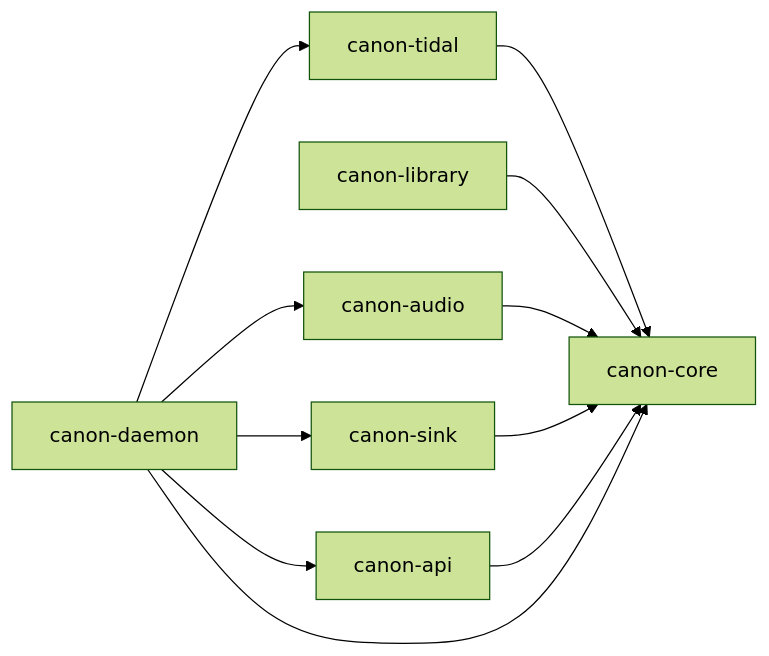
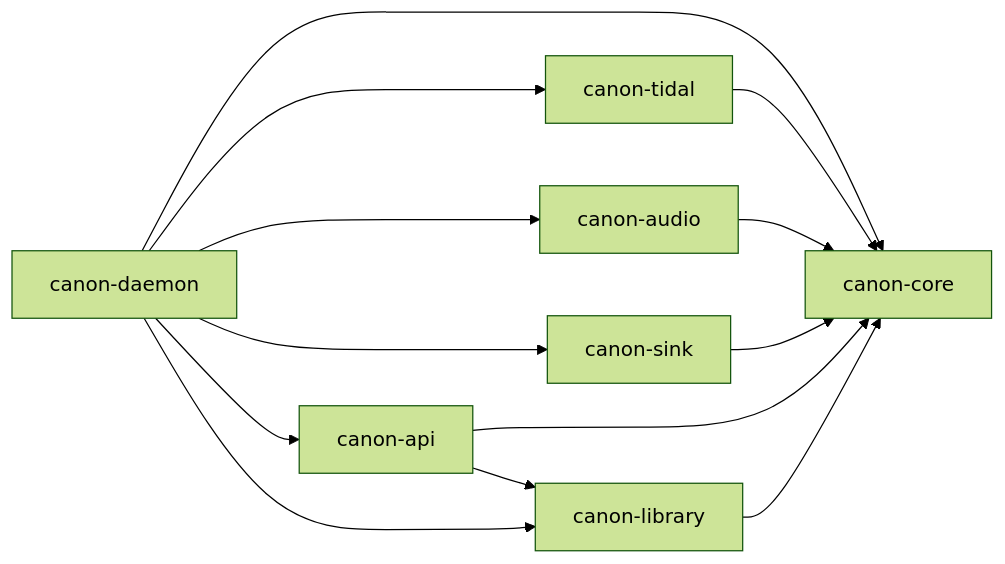
The second of 2 diagrams in docs/arch.md (joelgwebber/canon), drawn with Mermaid (forest theme) before and after one commit. The commit also changed other lines of this file and 20 other files, not shown here.

````diff
--- a/docs/arch.md
+++ b/docs/arch.md
@@ -106,13 +106,15 @@
 ```mermaid
 flowchart LR
     TIDAL[canon-tidal] --> CORE[canon-core]
     LIB[canon-library] --> CORE
     AUDIO[canon-audio] --> CORE
     SINK[canon-sink] --> CORE
     API[canon-api] --> CORE
     DAEMON[canon-daemon] --> CORE
     DAEMON --> TIDAL
     DAEMON --> AUDIO
     DAEMON --> SINK
     DAEMON --> API
+    DAEMON --> LIB
+    API --> LIB
 ```
````
